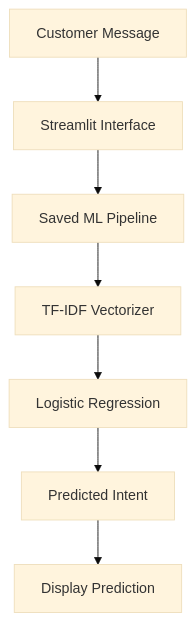
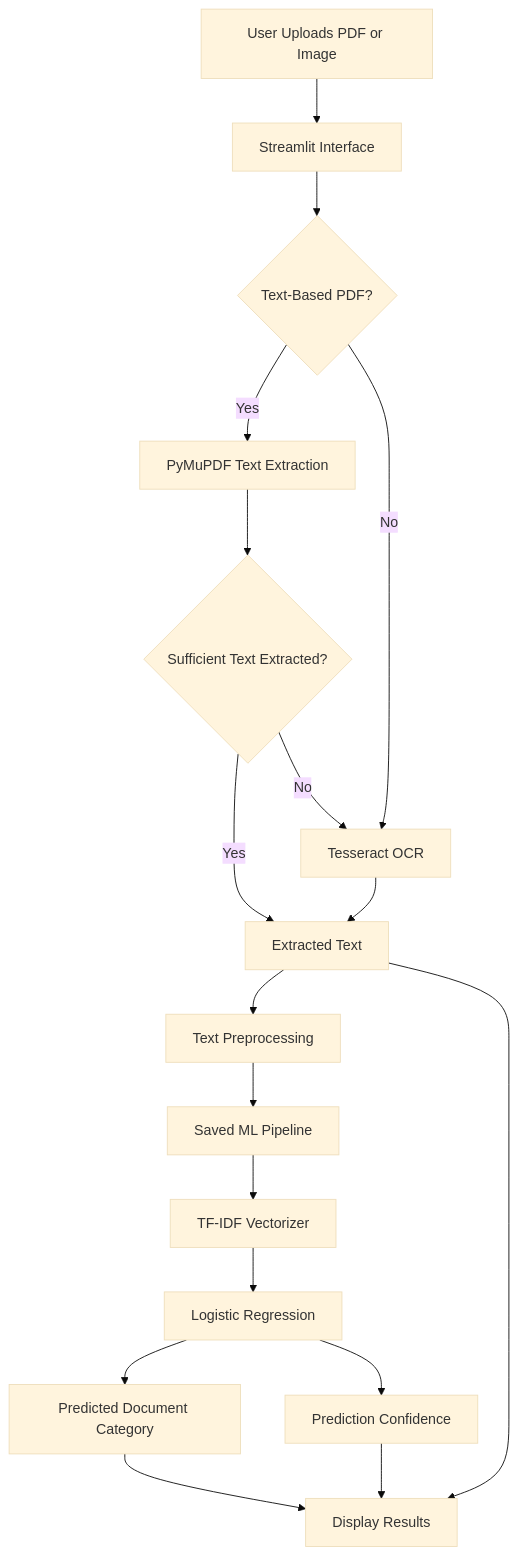
The first of 2 diagrams in README.md (tanush090/customer-intent-predictor), drawn with Mermaid (base theme) before and after one commit. The commit also changed other lines of this file, not shown here.

````diff
--- a/README.md
+++ b/README.md
@@ -45,9 +48,20 @@
 ```mermaid
 flowchart TD
-    A["Customer Message"] --> B["Streamlit Interface"]
-    B --> C["Saved ML Pipeline"]
-    C --> D["TF-IDF Vectorizer"]
-    D --> E["Logistic Regression"]
-    E --> F["Predicted Intent"]
-    F --> G["Display Prediction"]
+    A["User Uploads PDF or Image"] --> B["Streamlit Interface"]
+    B --> C{"Text-Based PDF?"}
+    C -->|Yes| D["PyMuPDF Text Extraction"]
+    C -->|No| E["Tesseract OCR"]
+    D --> F{"Sufficient Text Extracted?"}
+    F -->|Yes| G["Extracted Text"]
+    F -->|No| E
+    E --> G
+    G --> H["Text Preprocessing"]
+    H --> I["Saved ML Pipeline"]
+    I --> J["TF-IDF Vectorizer"]
+    J --> K["Logistic Regression"]
+    K --> L["Predicted Document Category"]
+    K --> M["Prediction Confidence"]
+    L --> N["Display Results"]
+    M --> N
+    G --> N
 ```
````
